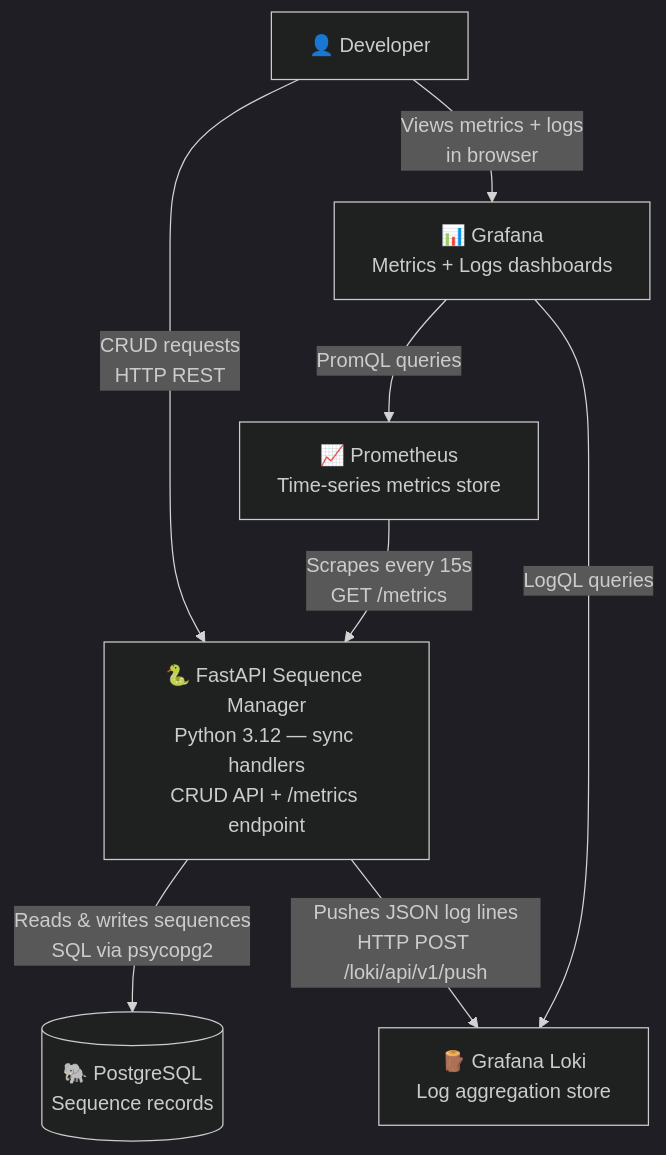
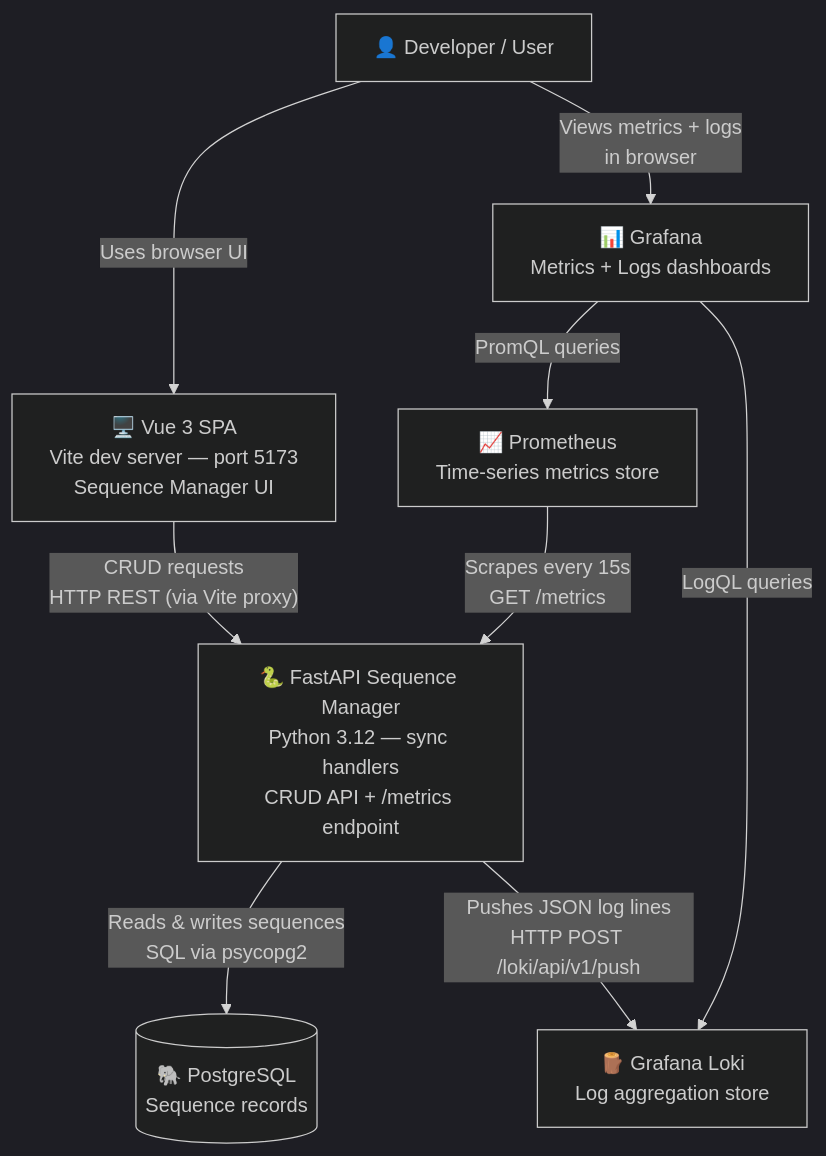
One commit to dafywinf/python-fastapi-poc changed the first of 3 diagrams in docs/architecture.md. Above: the diagram before and after it, drawn with Mermaid (dark theme). The commit also changed other lines of this file and 21 other files, not shown here.

````diff
--- a/docs/architecture.md
+++ b/docs/architecture.md
@@ -76,17 +77,19 @@
 ```mermaid
 graph TD
-    dev["👤 Developer"]
+    dev["👤 Developer / User"]
+    spa["🖥️ Vue 3 SPA<br/>Vite dev server — port 5173<br/>Sequence Manager UI"]
     api["🐍 FastAPI Sequence Manager<br/>Python 3.12 — sync handlers<br/>CRUD API + /metrics endpoint"]
     postgres[("🐘 PostgreSQL<br/>Sequence records")]
     prometheus["📈 Prometheus<br/>Time-series metrics store"]
     loki["🪵 Grafana Loki<br/>Log aggregation store"]
     grafana["📊 Grafana<br/>Metrics + Logs dashboards"]
 
-    dev -->|"CRUD requests<br/>HTTP REST"| api
+    dev -->|"Uses browser UI"| spa
+    spa -->|"CRUD requests<br/>HTTP REST (via Vite proxy)"| api
     api -->|"Reads & writes sequences<br/>SQL via psycopg2"| postgres
     prometheus -->|"Scrapes every 15s<br/>GET /metrics"| api
     api -->|"Pushes JSON log lines<br/>HTTP POST /loki/api/v1/push"| loki
     grafana -->|"PromQL queries"| prometheus
     grafana -->|"LogQL queries"| loki
     dev -->|"Views metrics + logs<br/>in browser"| grafana
 ```
````
